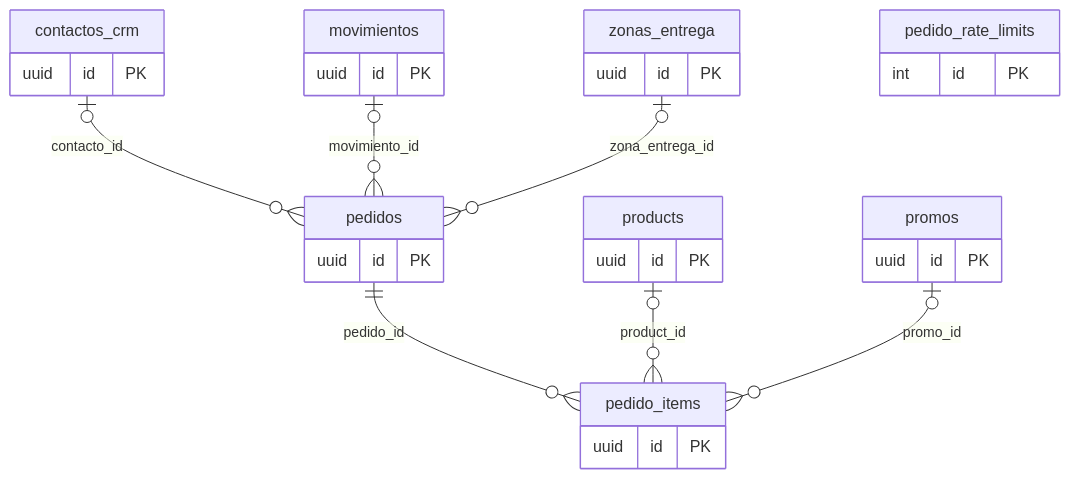
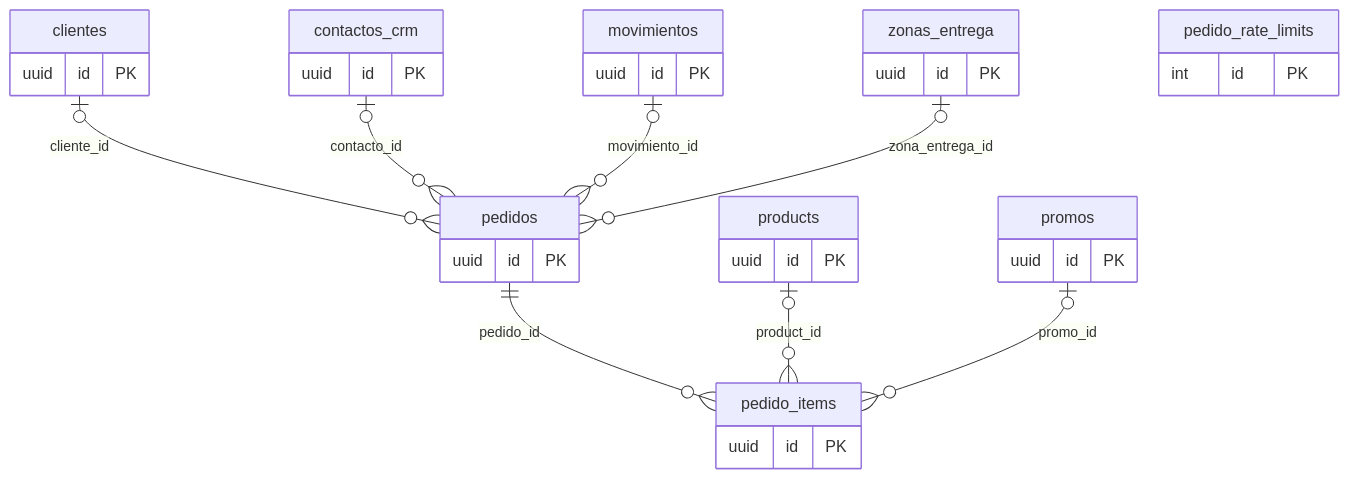
One commit to gabriel-300/kioscos-ideia changed the seventh of 8 diagrams in docs/base-de-datos.md. Above: the diagram before and after it, drawn with Mermaid. The commit also changed other lines of this file and 2 other files, not shown here.

Commit message:
docs: refrescar el mapa de la base (coordenadas de sucursales, clientes y beneficios de la 099)

````diff
--- a/docs/base-de-datos.md
+++ b/docs/base-de-datos.md
@@ -957,33 +962,37 @@
 ```mermaid
 erDiagram
   pedidos ||--o{ pedido_items : "pedido_id"
   products |o--o{ pedido_items : "product_id"
   promos |o--o{ pedido_items : "promo_id"
+  clientes |o--o{ pedidos : "cliente_id"
   contactos_crm |o--o{ pedidos : "contacto_id"
   movimientos |o--o{ pedidos : "movimiento_id"
   zonas_entrega |o--o{ pedidos : "zona_entrega_id"
   pedidos {
+    uuid id PK
+  }
+  clientes {
     uuid id PK
   }
   pedido_items {
     uuid id PK
   }
   zonas_entrega {
     uuid id PK
   }
   pedido_rate_limits {
     int id PK
   }
   products {
     uuid id PK
   }
   promos {
     uuid id PK
   }
   contactos_crm {
     uuid id PK
   }
   movimientos {
     uuid id PK
   }
 ```
````
